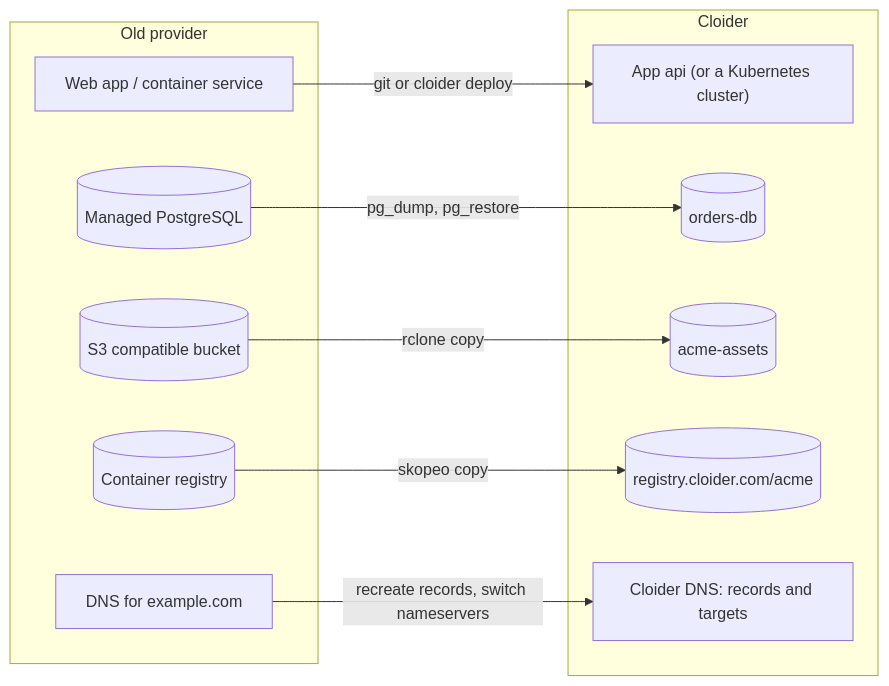
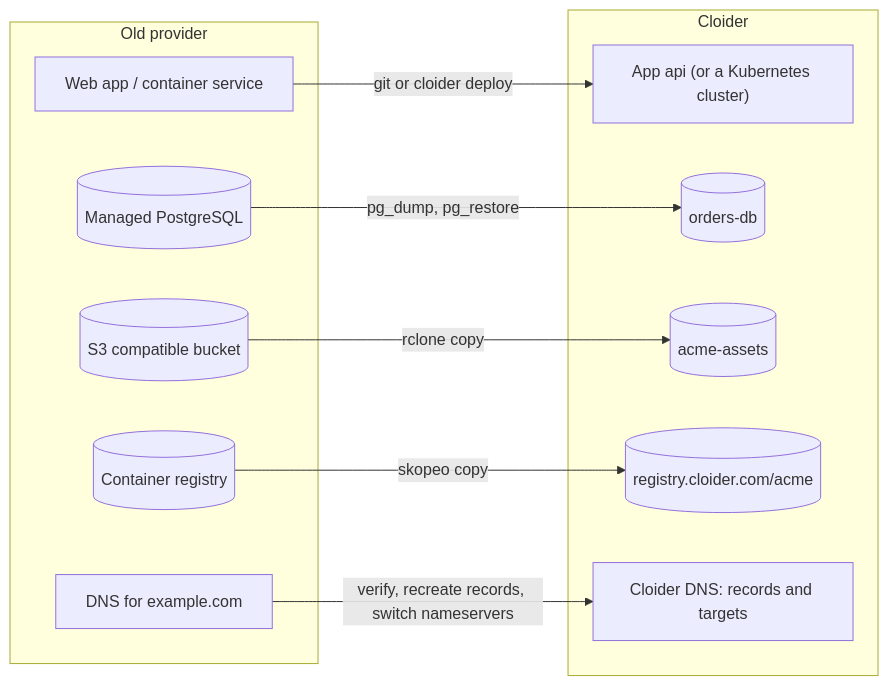
The diagram in docs/guides/migrate-to-cloider.mdx (cloider/docs), drawn with Mermaid before and after one commit. The commit also changed other lines of this file and 64 other files, not shown here.

````diff
--- a/docs/guides/migrate-to-cloider.mdx
+++ b/docs/guides/migrate-to-cloider.mdx
@@ -27,22 +27,22 @@
 ```mermaid
 flowchart LR
   subgraph old["Old provider"]
     oapp["Web app / container service"]
     odb[("Managed PostgreSQL")]
     os3[("S3 compatible bucket")]
     oreg[("Container registry")]
     odns["DNS for example.com"]
   end
   subgraph new["Cloider"]
     napp["App api (or a Kubernetes cluster)"]
     ndb[("orders-db")]
     ns3[("acme-assets")]
     nreg[("registry.cloider.com/acme")]
     ndns["Cloider DNS: records and targets"]
   end
   oapp -->|"git or cloider deploy"| napp
   odb -->|"pg_dump, pg_restore"| ndb
   os3 -->|"rclone copy"| ns3
   oreg -->|"skopeo copy"| nreg
-  odns -->|"recreate records, switch nameservers"| ndns
+  odns -->|"verify, recreate records, switch nameservers"| ndns
 ```
````
